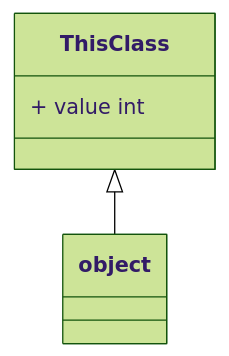
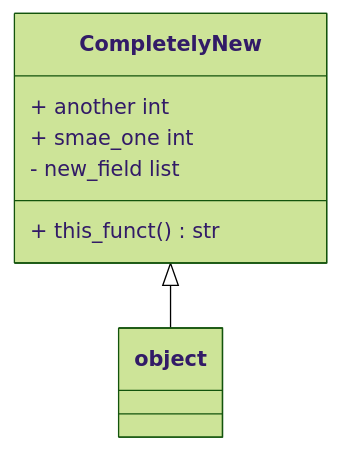
The diagram in output/design_doc.md (kesler20/draw-uml-backend), drawn with Mermaid (forest theme) before and after one commit. The commit also changed other lines of this file and 19 other files, not shown here.

````diff
--- a/output/design_doc.md
+++ b/output/design_doc.md
@@ -10,5 +3,8 @@
 ```mermaid
 classDiagram
-   ThisClass <|-- object
-   ThisClass : + value int
+   CompletelyNew <|-- object
+   CompletelyNew : + another int
+   CompletelyNew : + smae_one int
+   CompletelyNew : - new_field list
+   CompletelyNew : + this_funct() str
 ```
````
